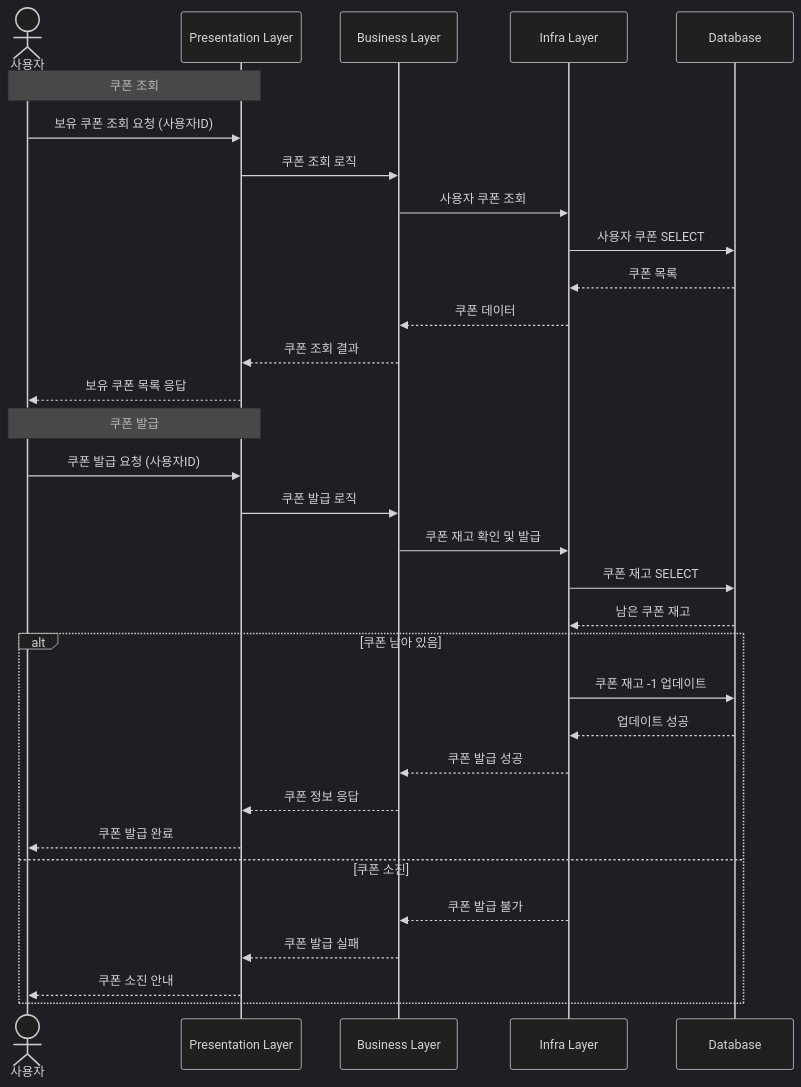
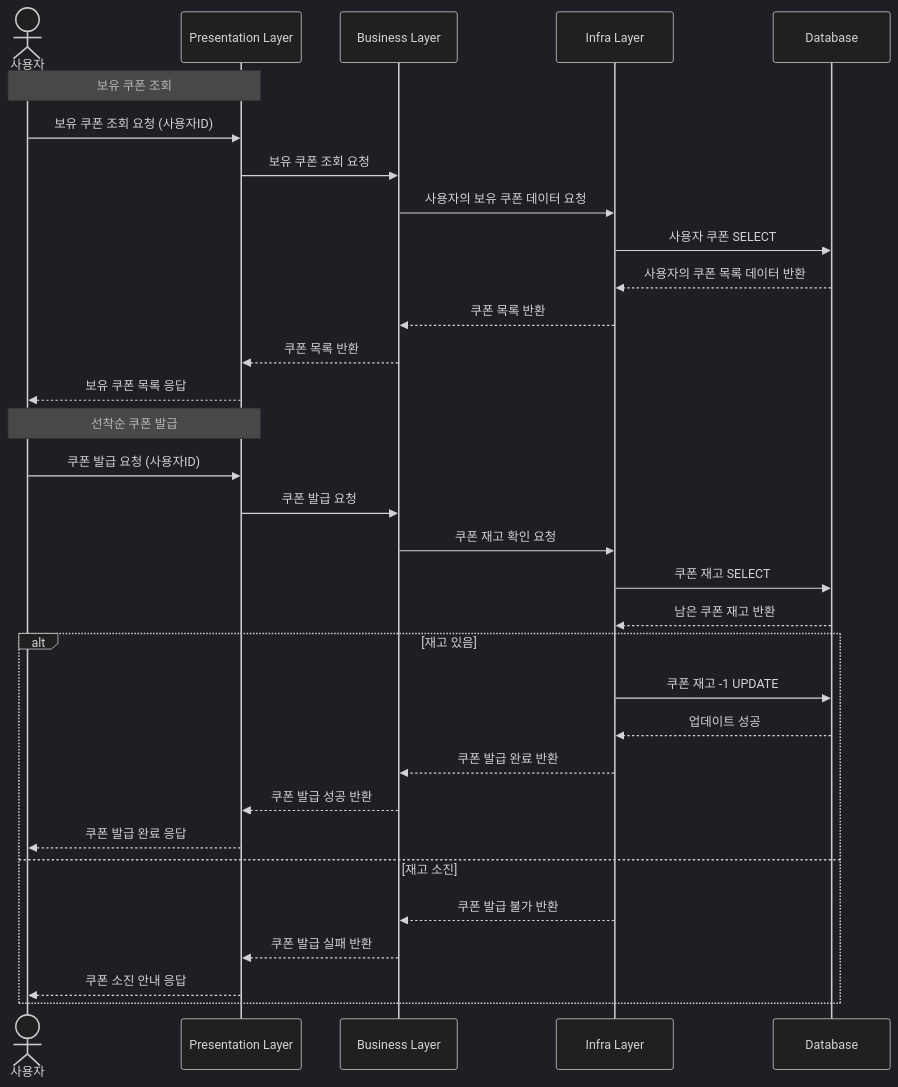
Before and after one commit to dhgudtmxhs/hhplus-ecommerce: the third of 6 diagrams in README.md, drawn with Mermaid (dark theme). The commit also changed other lines of this file, not shown here.

````diff
--- a/README.md
+++ b/README.md
@@ -75,37 +75,36 @@
 ```mermaid
 sequenceDiagram
 actor U as 사용자
 participant P as Presentation Layer
 participant B as Business Layer
 participant I as Infra Layer
 participant DB as Database
 
-Note over U,P: 쿠폰 조회
+Note over U,P: 보유 쿠폰 조회
 U->>P: 보유 쿠폰 조회 요청 (사용자ID)
-P->>B: 쿠폰 조회 로직
-B->>I: 사용자 쿠폰 조회
+P->>B: 보유 쿠폰 조회 요청
+B->>I: 사용자의 보유 쿠폰 데이터 요청
 I->>DB: 사용자 쿠폰 SELECT
-DB-->>I: 쿠폰 목록
-I-->>B: 쿠폰 데이터
-B-->>P: 쿠폰 조회 결과
+DB-->>I: 사용자의 쿠폰 목록 데이터 반환
+I-->>B: 쿠폰 목록 반환
+B-->>P: 쿠폰 목록 반환
 P-->>U: 보유 쿠폰 목록 응답
 
-Note over U,P: 쿠폰 발급
+Note over U,P: 선착순 쿠폰 발급
 U->>P: 쿠폰 발급 요청 (사용자ID)
-P->>B: 쿠폰 발급 로직
-B->>I: 쿠폰 재고 확인 및 발급
+P->>B: 쿠폰 발급 요청
+B->>I: 쿠폰 재고 확인 요청
 I->>DB: 쿠폰 재고 SELECT
-DB-->>I: 남은 쿠폰 재고
-alt 쿠폰 남아 있음
-    I->>DB: 쿠폰 재고 -1 업데이트
+DB-->>I: 남은 쿠폰 재고 반환
+alt 재고 있음
+    I->>DB: 쿠폰 재고 -1 UPDATE
     DB-->>I: 업데이트 성공
-    I-->>B: 쿠폰 발급 성공
-    B-->>P: 쿠폰 정보 응답
-    P-->>U: 쿠폰 발급 완료
-else 쿠폰 소진
-    I-->>B: 쿠폰 발급 불가
-    B-->>P: 쿠폰 발급 실패
-    P-->>U: 쿠폰 소진 안내
+    I-->>B: 쿠폰 발급 완료 반환
+    B-->>P: 쿠폰 발급 성공 반환
+    P-->>U: 쿠폰 발급 완료 응답
+else 재고 소진
+    I-->>B: 쿠폰 발급 불가 반환
+    B-->>P: 쿠폰 발급 실패 반환
+    P-->>U: 쿠폰 소진 안내 응답
 end
-
 ```
````
